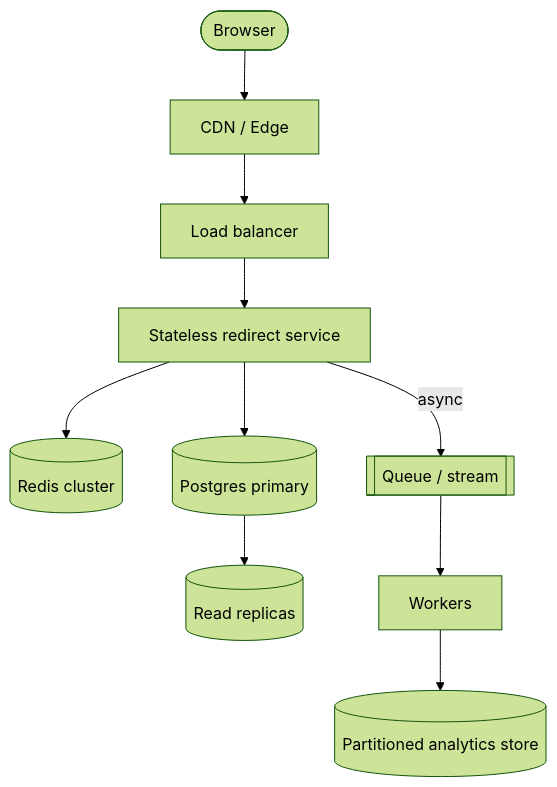
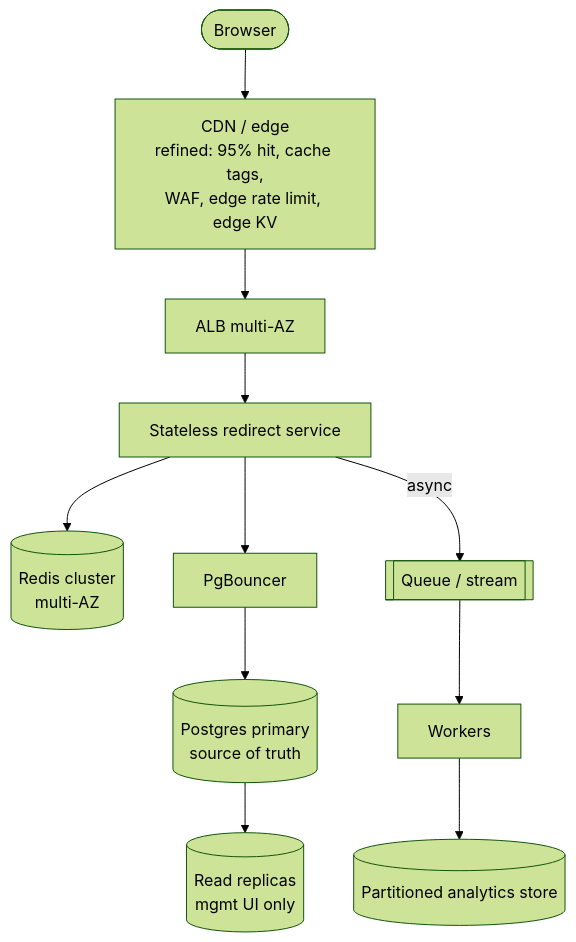
One commit to jdelpino-dev/reverb_code_extension_jmd changed the sixth of 8 diagrams in systems-design-interview/01-01-tinyurl-walkthrough.md. Above: the diagram before and after it, drawn with Mermaid (forest theme). The commit also changed other lines of this file, not shown here.

````diff
--- a/systems-design-interview/01-01-tinyurl-walkthrough.md
+++ b/systems-design-interview/01-01-tinyurl-walkthrough.md
@@ -620,12 +953,13 @@
 ```mermaid
 flowchart TD
-  Client([Browser]) --> CDN[CDN / Edge]
-  CDN --> LB[Load balancer]
+  Client([Browser]) --> CDN[CDN / edge<br/>refined: 95% hit, cache tags,<br/>WAF, edge rate limit, edge KV]
+  CDN --> LB[ALB multi-AZ]
   LB --> App[Stateless redirect service]
-  App --> RedisC[(Redis cluster)]
-  App --> PG[(Postgres primary)]
-  PG --> Replicas[(Read replicas)]
+  App --> RedisC[(Redis cluster<br/>multi-AZ)]
+  App --> Pool[PgBouncer]
+  Pool --> PG[(Postgres primary<br/>source of truth)]
+  PG --> Replicas[(Read replicas<br/>mgmt UI only)]
   App -->|async| Stream[[Queue / stream]]
   Stream --> Workers[Workers]
   Workers --> PA[(Partitioned analytics store)]
 ```
````
